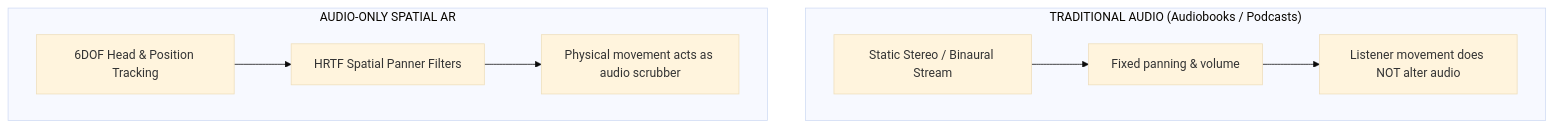
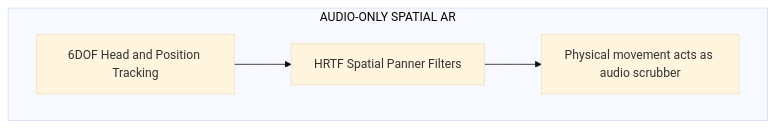
The fifth of 6 diagrams in src/content/blog/place-space-and-passthrough.md (caraya/astro-blog2), drawn with Mermaid (base theme) before and after one commit. The commit also changed other lines of this file and 7 other files, not shown here.

````diff
--- a/src/content/blog/place-space-and-passthrough.md
+++ b/src/content/blog/place-space-and-passthrough.md
@@ -141,10 +161,6 @@
 ```mermaid
 flowchart TD
-    subgraph TraditionalAudio ["TRADITIONAL AUDIO (Audiobooks / Podcasts)"]
-        A1["Static Stereo / Binaural Stream"] --> A2["Fixed panning & volume"] --> A3["Listener movement does NOT alter audio"]
-    end
-
     subgraph AudioAR ["AUDIO-ONLY SPATIAL AR"]
-        B1["6DOF Head & Position Tracking"] --> B2["HRTF Spatial Panner Filters"] --> B3["Physical movement acts as audio scrubber"]
+        B1["6DOF Head and Position Tracking"] --> B2["HRTF Spatial Panner Filters"] --> B3["Physical movement acts as audio scrubber"]
     end
 ```
````
